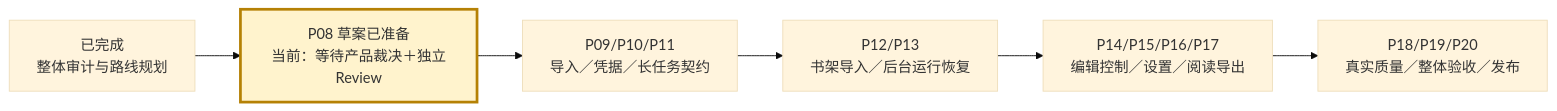
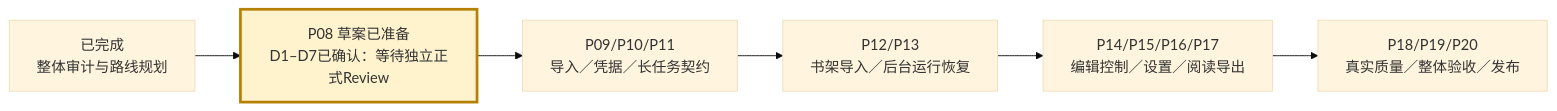
Before and after one commit to peakwheat-pixel/New-Manga: the diagram in verification/P08/SCOPE_DRAFT.md, drawn with Mermaid (base theme). The commit also changed other lines of this file and 14 other files, not shown here.

````diff
--- a/verification/P08/SCOPE_DRAFT.md
+++ b/verification/P08/SCOPE_DRAFT.md
@@ -88,9 +90,9 @@
 ```mermaid
 flowchart LR
-  A["已完成<br/>整体审计与路线规划"] --> B["P08 草案已准备<br/>当前：等待产品裁决＋独立Review"]
+  A["已完成<br/>整体审计与路线规划"] --> B["P08 草案已准备<br/>D1–D7已确认：等待独立正式Review"]
   B --> C["P09/P10/P11<br/>导入／凭据／长任务契约"]
   C --> D["P12/P13<br/>书架导入／后台运行恢复"]
   D --> E["P14/P15/P16/P17<br/>编辑控制／设置／阅读导出"]
   E --> F["P18/P19/P20<br/>真实质量／整体验收／发布"]
   style B fill:#fff3cd,stroke:#b58105,stroke-width:3px
 ```
````
